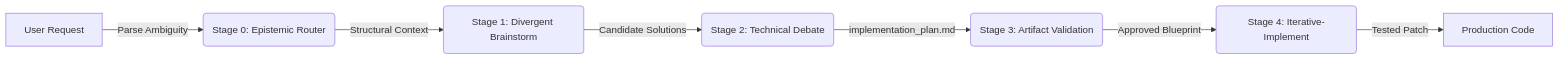
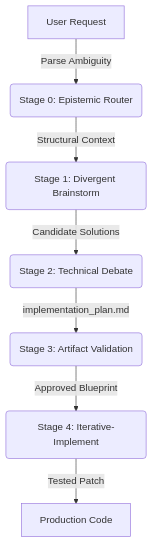
Before and after one commit to nferrer-dev/antigravity-core: the first of 2 diagrams in README.md, drawn with Mermaid.

Commit message:
Change high-level graph orientation from LR to TD

````diff
--- a/README.md
+++ b/README.md
@@ -20,9 +20,9 @@
 ```mermaid
-graph LR
+graph TD
     A[User Request] -->|Parse Ambiguity| B(Stage 0: Epistemic Router)
     B -->|Structural Context| C(Stage 1: Divergent Brainstorm)
     C -->|Candidate Solutions| D(Stage 2: Technical Debate)
     D -->|implementation_plan.md| E(Stage 3: Artifact Validation)
     E -->|Approved Blueprint| F(Stage 4: Iterative-Implement)
     F -->|Tested Patch| G[Production Code]
 ```
````
